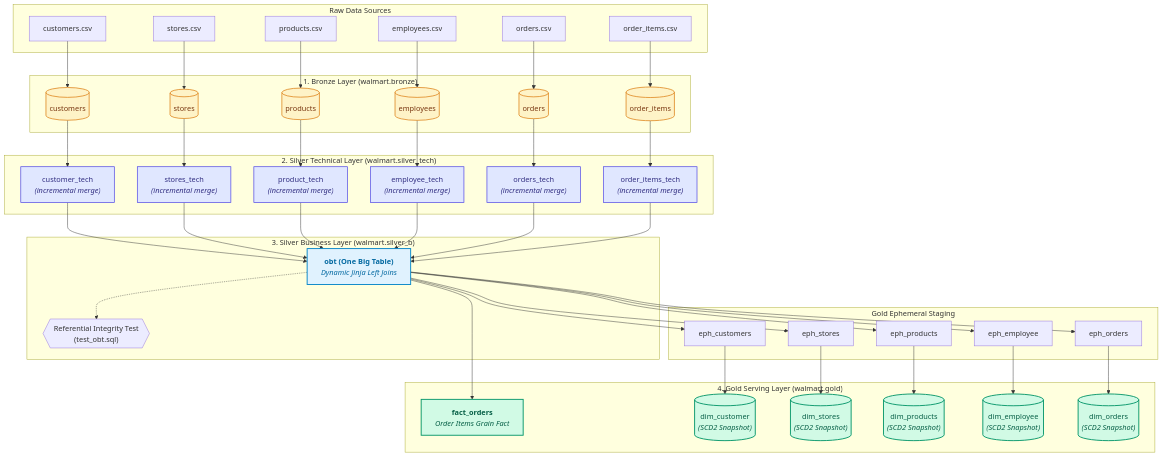
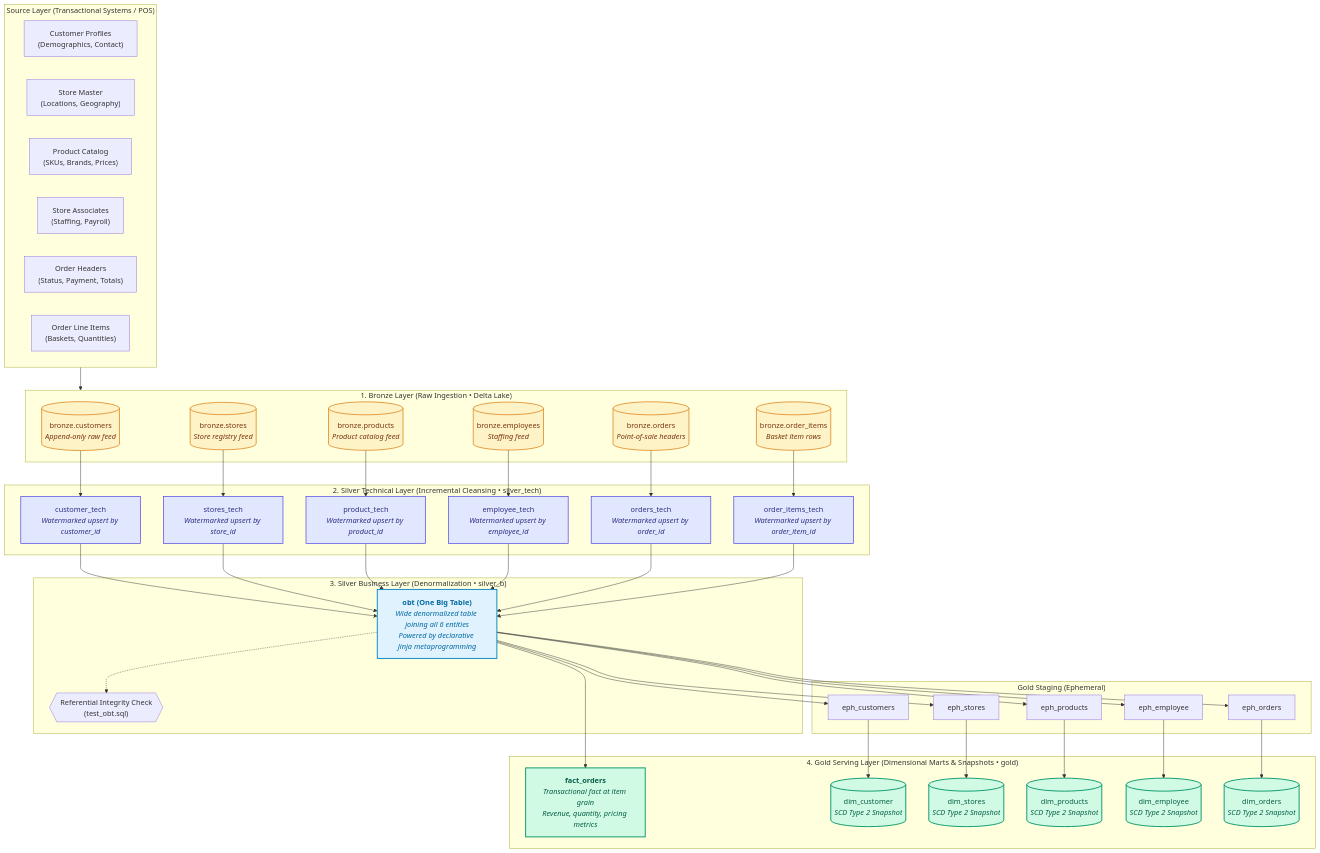
The diagram in README.md (PINANK20ux/Walmart_project), drawn with Mermaid before and after one commit. The commit also changed other lines of this file and 2 other files, not shown here.

````diff
--- a/README.md
+++ b/README.md
@@ -27,38 +34,38 @@
 ```mermaid
 flowchart TD
-    subgraph Sources ["Raw Data Sources"]
-        SRC_C["customers.csv"]
-        SRC_S["stores.csv"]
-        SRC_P["products.csv"]
-        SRC_E["employees.csv"]
-        SRC_O["orders.csv"]
-        SRC_OI["order_items.csv"]
+    subgraph Sources ["Source Layer (Transactional Systems / POS)"]
+        SRC_C["Customer Profiles<br/>(Demographics, Contact)"]
+        SRC_S["Store Master<br/>(Locations, Geography)"]
+        SRC_P["Product Catalog<br/>(SKUs, Brands, Prices)"]
+        SRC_E["Store Associates<br/>(Staffing, Payroll)"]
+        SRC_O["Order Headers<br/>(Status, Payment, Totals)"]
+        SRC_OI["Order Line Items<br/>(Baskets, Quantities)"]
     end
 
-    subgraph Bronze ["1. Bronze Layer (walmart.bronze)"]
-        B_C[("customers")]
-        B_S[("stores")]
-        B_P[("products")]
-        B_E[("employees")]
-        B_O[("orders")]
-        B_OI[("order_items")]
+    subgraph Bronze ["1. Bronze Layer (Raw Ingestion • Delta Lake)"]
+        B_C[("bronze.customers<br/><i>Append-only raw feed</i>")]
+        B_S[("bronze.stores<br/><i>Store registry feed</i>")]
+        B_P[("bronze.products<br/><i>Product catalog feed</i>")]
+        B_E[("bronze.employees<br/><i>Staffing feed</i>")]
+        B_O[("bronze.orders<br/><i>Point-of-sale headers</i>")]
+        B_OI[("bronze.order_items<br/><i>Basket item rows</i>")]
     end
 
-    subgraph SilverTech ["2. Silver Technical Layer (walmart.silver_tech)"]
-        ST_C["customer_tech<br/><i>(incremental merge)</i>"]
-        ST_S["stores_tech<br/><i>(incremental merge)</i>"]
-        ST_P["product_tech<br/><i>(incremental merge)</i>"]
-        ST_E["employee_tech<br/><i>(incremental merge)</i>"]
-        ST_O["orders_tech<br/><i>(incremental merge)</i>"]
-        ST_OI["order_items_tech<br/><i>(incremental merge)</i>"]
+    subgraph SilverTech ["2. Silver Technical Layer (Incremental Cleansing • silver_tech)"]
+        ST_C["customer_tech<br/><i>Watermarked upsert by customer_id</i>"]
+        ST_S["stores_tech<br/><i>Watermarked upsert by store_id</i>"]
+        ST_P["product_tech<br/><i>Watermarked upsert by product_id</i>"]
+        ST_E["employee_tech<br/><i>Watermarked upsert by employee_id</i>"]
+        ST_O["orders_tech<br/><i>Watermarked upsert by order_id</i>"]
+        ST_OI["order_items_tech<br/><i>Watermarked upsert by order_item_id</i>"]
     end
 
-    subgraph SilverBus ["3. Silver Business Layer (walmart.silver_b)"]
-        OBT["<b>obt (One Big Table)</b><br/><i>Dynamic Jinja Left Joins</i>"]
-        TEST_OBT{{"Referential Integrity Test<br/>(test_obt.sql)"}}
+    subgraph SilverBus ["3. Silver Business Layer (Denormalization • silver_b)"]
+        OBT["<b>obt (One Big Table)</b><br/><i>Wide denormalized table joining all 6 entities</i><br/><i>Powered by declarative Jinja metaprogramming</i>"]
+        TEST_OBT{{"Referential Integrity Check<br/>(test_obt.sql)"}}
     end
 
-    subgraph GoldEph ["Gold Ephemeral Staging"]
+    subgraph GoldEph ["Gold Staging (Ephemeral)"]
         GE_C["eph_customers"]
         GE_S["eph_stores"]
         GE_P["eph_products"]
@@ -66,22 +73,16 @@
         GE_O["eph_orders"]
     end
 
-    subgraph Gold ["4. Gold Serving Layer (walmart.gold)"]
-        FACT["<b>fact_orders</b><br/><i>Order Items Grain Fact</i>"]
-        DIM_C[("dim_customer<br/><i>(SCD2 Snapshot)</i>")]
-        DIM_S[("dim_stores<br/><i>(SCD2 Snapshot)</i>")]
-        DIM_P[("dim_products<br/><i>(SCD2 Snapshot)</i>")]
-        DIM_E[("dim_employee<br/><i>(SCD2 Snapshot)</i>")]
-        DIM_O[("dim_orders<br/><i>(SCD2 Snapshot)</i>")]
+    subgraph Gold ["4. Gold Serving Layer (Dimensional Marts & Snapshots • gold)"]
+        FACT["<b>fact_orders</b><br/><i>Transactional fact at item grain</i><br/><i>Revenue, quantity, pricing metrics</i>"]
+        DIM_C[("dim_customer<br/><i>SCD Type 2 Snapshot</i>")]
+        DIM_S[("dim_stores<br/><i>SCD Type 2 Snapshot</i>")]
+        DIM_P[("dim_products<br/><i>SCD Type 2 Snapshot</i>")]
+        DIM_E[("dim_employee<br/><i>SCD Type 2 Snapshot</i>")]
+        DIM_O[("dim_orders<br/><i>SCD Type 2 Snapshot</i>")]
     end
 
-    SRC_C --> B_C
-    SRC_S --> B_S
-    SRC_P --> B_P
-    SRC_E --> B_E
-    SRC_O --> B_O
-    SRC_OI --> B_OI
-
+    Sources --> Bronze
     B_C --> ST_C
     B_S --> ST_S
     B_P --> ST_P
````
